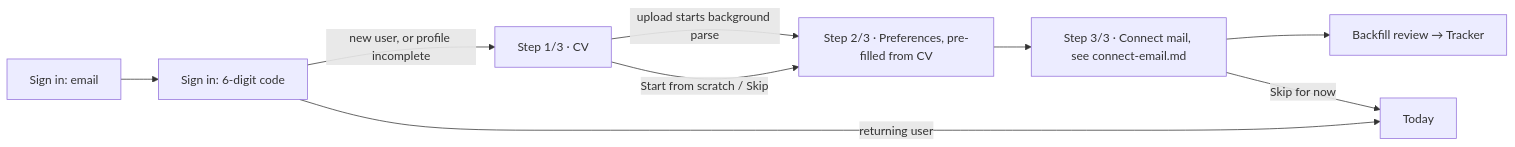
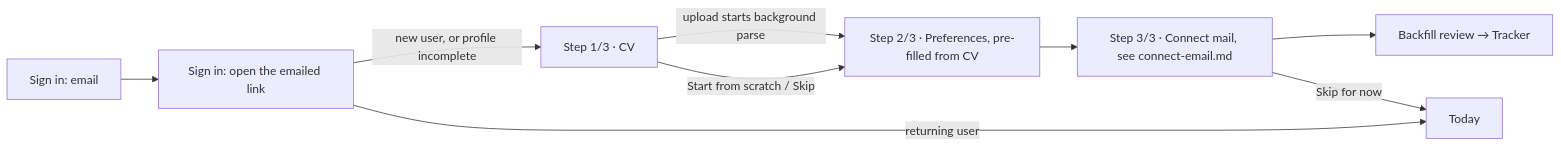
One commit to Savas07/bruteforcehr changed the diagram in docs/design/research/onboarding-signin.md. Above: the diagram before and after it, drawn with Mermaid. The commit also changed other lines of this file and 53 other files, not shown here.

First line of the commit message:
feat(auth): Firebase email-link sign-in replaces the custom email code

````diff
--- a/docs/design/research/onboarding-signin.md
+++ b/docs/design/research/onboarding-signin.md
@@ -139,11 +139,11 @@
 ```mermaid
 flowchart LR
-  A[Sign in: email] --> B[Sign in: 6-digit code]
+  A[Sign in: email] --> B[Sign in: open the emailed link]
   B -->|new user, or profile incomplete| C[Step 1/3 · CV]
   B -->|returning user| T[Today]
   C -->|upload starts background parse| D[Step 2/3 · Preferences, pre-filled from CV]
   C -->|Start from scratch / Skip| D
   D --> E[Step 3/3 · Connect mail, see connect-email.md]
   E --> R[Backfill review → Tracker]
   E -->|Skip for now| T
 ```
````
